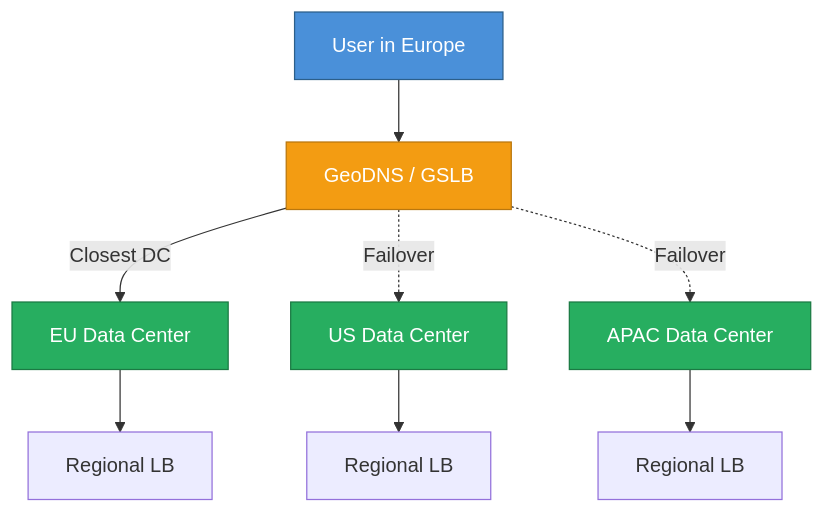
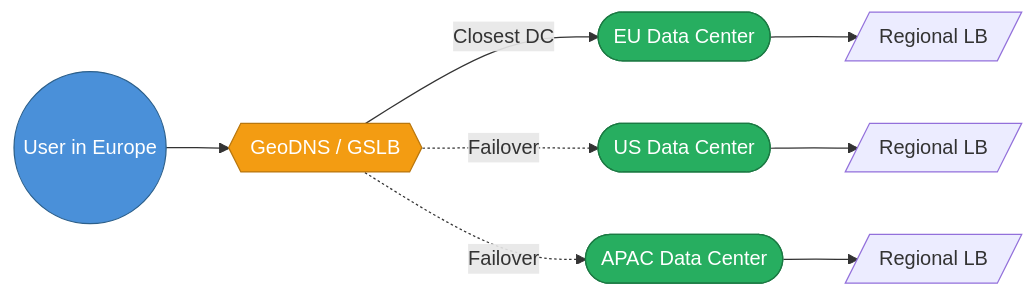
One commit to saivamsikaruturi/vamsilabs-dev-notes-main changed the sixth of 6 diagrams in docs/loadbalancer.md. Above: the diagram before and after it, drawn with Mermaid. The commit also changed other lines of this file and 146 other files, not shown here.

Commit message:
Horizontal diagrams, UML class diagrams, typography overhaul, and permalink cleanup

````diff
--- a/docs/loadbalancer.md
+++ b/docs/loadbalancer.md
@@ -336,15 +336,15 @@
 ```mermaid
-flowchart TB
+flowchart LR
     classDef clientStyle fill:#4A90D9,stroke:#2C5F8A,color:#fff
     classDef dnsStyle fill:#F39C12,stroke:#B9770E,color:#fff
     classDef dcStyle fill:#27AE60,stroke:#1B7A43,color:#fff
 
-    User[User in Europe]:::clientStyle --> DNS[GeoDNS / GSLB]:::dnsStyle
-    DNS -->|"Closest DC"| EU[EU Data Center]:::dcStyle
-    DNS -.->|"Failover"| US[US Data Center]:::dcStyle
-    DNS -.->|"Failover"| APAC[APAC Data Center]:::dcStyle
+    User(("User in Europe")):::clientStyle --> DNS{{"GeoDNS / GSLB"}}:::dnsStyle
+    DNS -->|"Closest DC"| EU(["EU Data Center"]):::dcStyle
+    DNS -.->|"Failover"| US(["US Data Center"]):::dcStyle
+    DNS -.->|"Failover"| APAC(["APAC Data Center"]):::dcStyle
 
-    EU --> LB1[Regional LB]
-    US --> LB2[Regional LB]
-    APAC --> LB3[Regional LB]
+    EU --> LB1[/"Regional LB"/]
+    US --> LB2[/"Regional LB"/]
+    APAC --> LB3[/"Regional LB"/]
 ```
````
